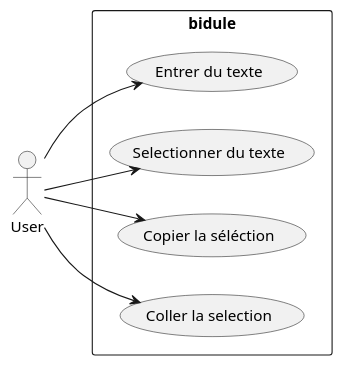
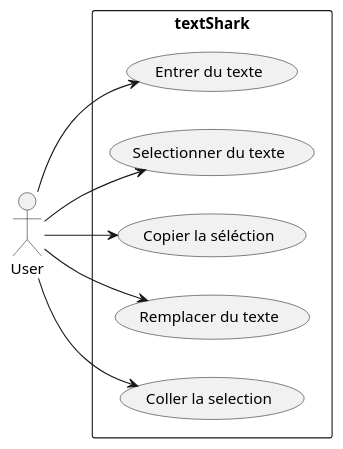
Before and after one commit to Camille-Molinier/text-editor: the diagram in V1/Conception/UseCase.puml, drawn with PlantUML. The commit also changed 2 other files, not shown here.

Commit message:
Class diagram

```diff
--- a/V1/Conception/UseCase.puml
+++ b/V1/Conception/UseCase.puml
@@ -1,22 +1,24 @@
 @startuml
 'https://plantuml.com/use-case-diagram
 
 left to right direction
 skinparam packageStyle rect
 skinparam shadowing false
 
 actor User
 
-rectangle bidule {
+rectangle textShark {
     usecase "Entrer du texte" as txt
     usecase "Selectionner du texte" as select
     usecase "Copier la séléction" as cp
     usecase "Coller la selection" as paste
+    usecase "Remplacer du texte" as replace
 }
 
 User -> txt
 User -> select
 User -> cp
+User -> replace
 User --> paste
 
 @enduml
```
